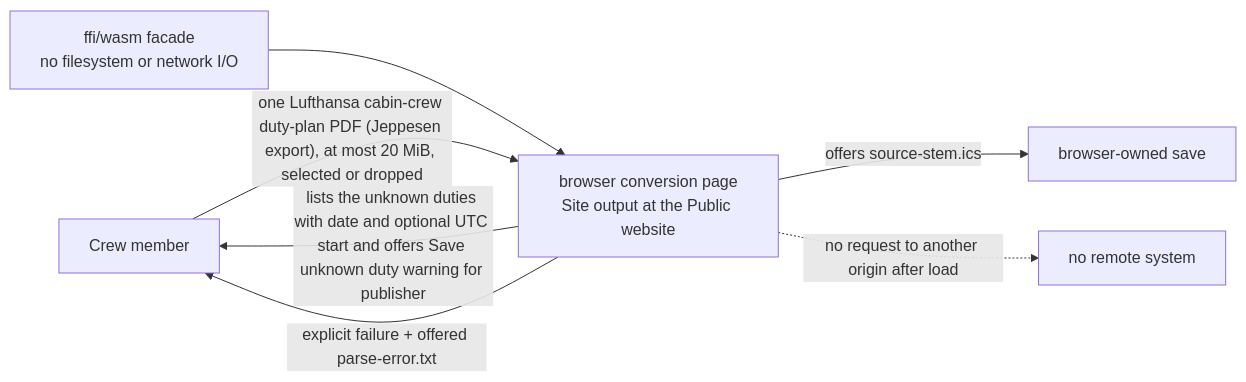
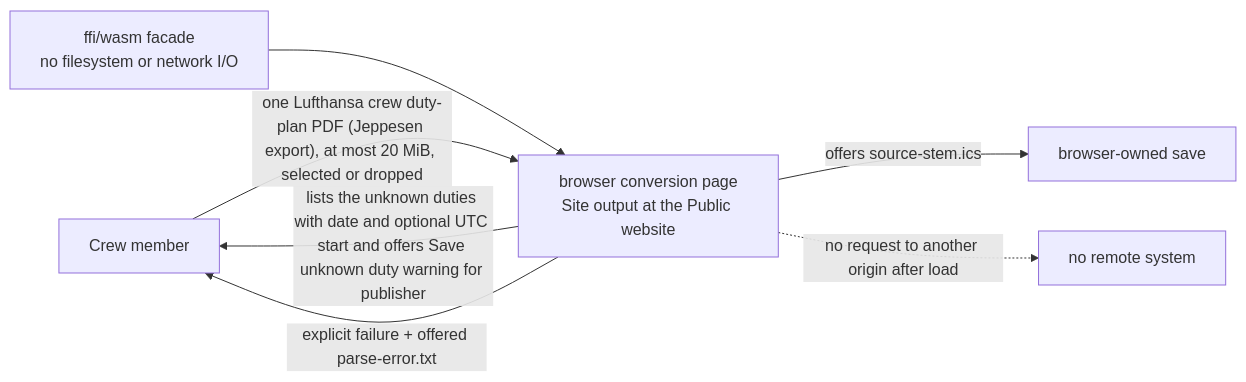
The second of 7 diagrams in docs/arc42/03-context-and-scope.md (duty2cal/duty2cal), drawn with Mermaid before and after one commit. The commit also changed other lines of this file and 29 other files, not shown here.

First line of the commit message:
feat(state-the-support-statement): state the supported plan as a Lufthansa crew duty plan for one crew member, backed by the cabin and cockpit fixtures.

````diff
--- a/docs/arc42/03-context-and-scope.md
+++ b/docs/arc42/03-context-and-scope.md
@@ -46,9 +46,9 @@
 ```mermaid
 flowchart LR
-  crew["Crew member"] -->|"one Lufthansa cabin-crew duty-plan PDF (Jeppesen export), at most 20 MiB, selected or dropped"| page["browser conversion page<br/>Site output at the Public website"]
+  crew["Crew member"] -->|"one Lufthansa crew duty-plan PDF (Jeppesen export), at most 20 MiB, selected or dropped"| page["browser conversion page<br/>Site output at the Public website"]
   page -->|"offers source-stem.ics"| browser["browser-owned save"]
   page -->|"lists the unknown duties with date and optional UTC start and offers Save unknown duty warning for publisher"| crew
   page -->|"explicit failure + offered parse-error.txt"| crew
   wasm["ffi/wasm facade<br/>no filesystem or network I/O"] --> page
   page -.->|"no request to another origin after load"| none["no remote system"]
 ```
````
